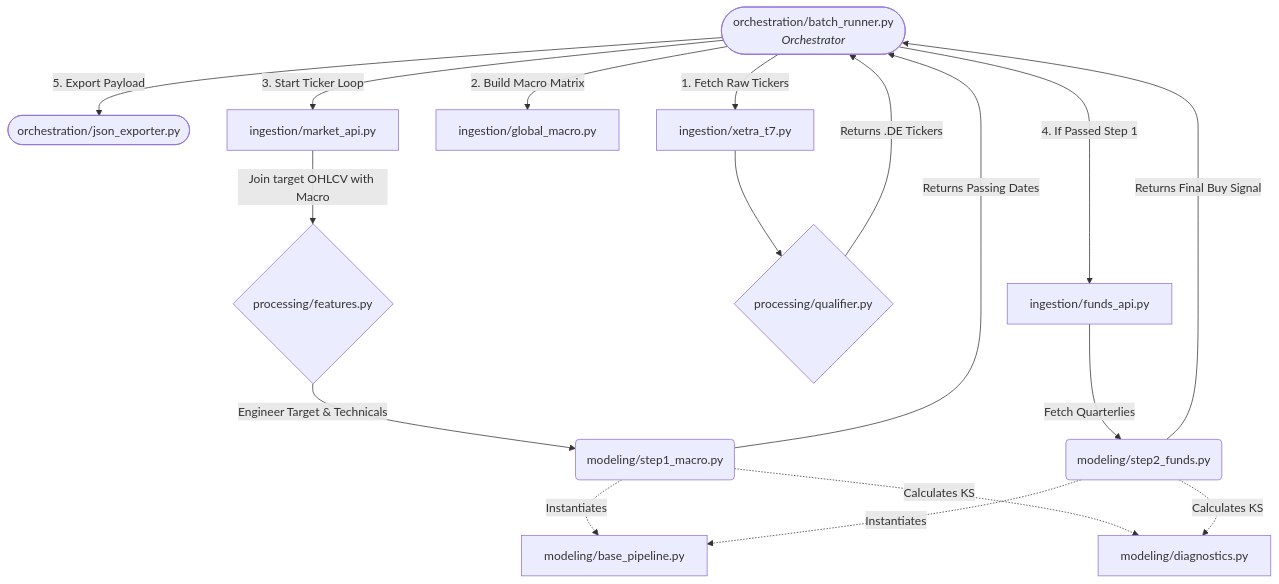
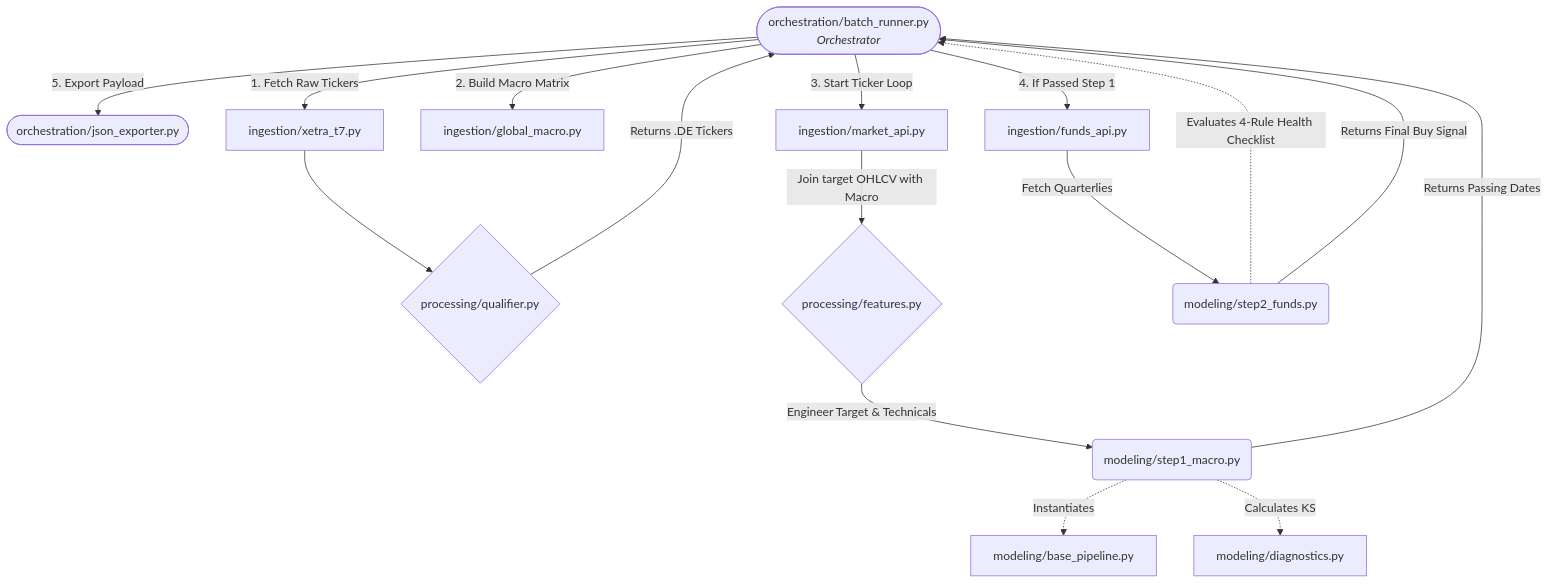
One commit to kleinnconrad/stock-predictor changed the diagram in src/README.md. Above: the diagram before and after it, drawn with Mermaid. The commit also changed other lines of this file and 6 other files, not shown here.

````diff
--- a/src/README.md
+++ b/src/README.md
@@ -7,46 +7,45 @@
 ```mermaid
 graph TD
     %% Orchestration Layer
     BR([orchestration/batch_runner.py<br/><i>Orchestrator</i>])
     JE([orchestration/json_exporter.py])
 
     %% Ingestion Layer
     T7[ingestion/xetra_t7.py]
     GM[ingestion/global_macro.py]
     MA[ingestion/market_api.py]
     FA[ingestion/funds_api.py]
 
     %% Processing Layer
     QUAL{processing/qualifier.py}
     FEAT{processing/features.py}
 
     %% Modeling Layer
     BP[modeling/base_pipeline.py]
     DIAG[modeling/diagnostics.py]
     S1(modeling/step1_macro.py)
     S2(modeling/step2_funds.py)
 
     %% Flow Mapping
     BR -->|1. Fetch Raw Tickers| T7
     T7 --> QUAL
     QUAL -->|Returns .DE Tickers| BR
 
     BR -->|2. Build Macro Matrix| GM
 
     BR -->|3. Start Ticker Loop| MA
     MA -->|Join target OHLCV with Macro| FEAT
     FEAT -->|Engineer Target & Technicals| S1
     
     S1 -.->|Instantiates| BP
     S1 -.->|Calculates KS| DIAG
     S1 -->|Returns Passing Dates| BR
 
     BR -->|4. If Passed Step 1| FA
     FA -->|Fetch Quarterlies| S2
     
-    S2 -.->|Instantiates| BP
-    S2 -.->|Calculates KS| DIAG
+    S2 -.->|Evaluates 4-Rule Health Checklist| BR
     S2 -->|Returns Final Buy Signal| BR
 
     BR -->|5. Export Payload| JE
 ```
````
